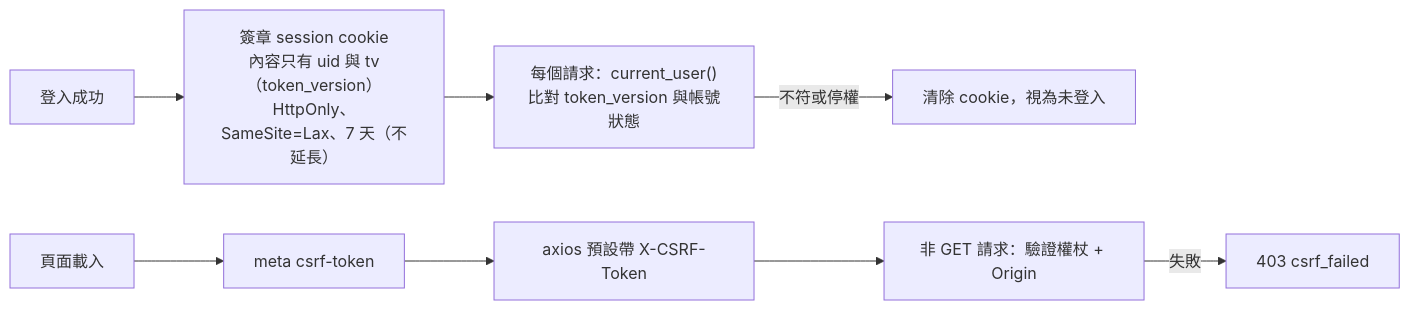
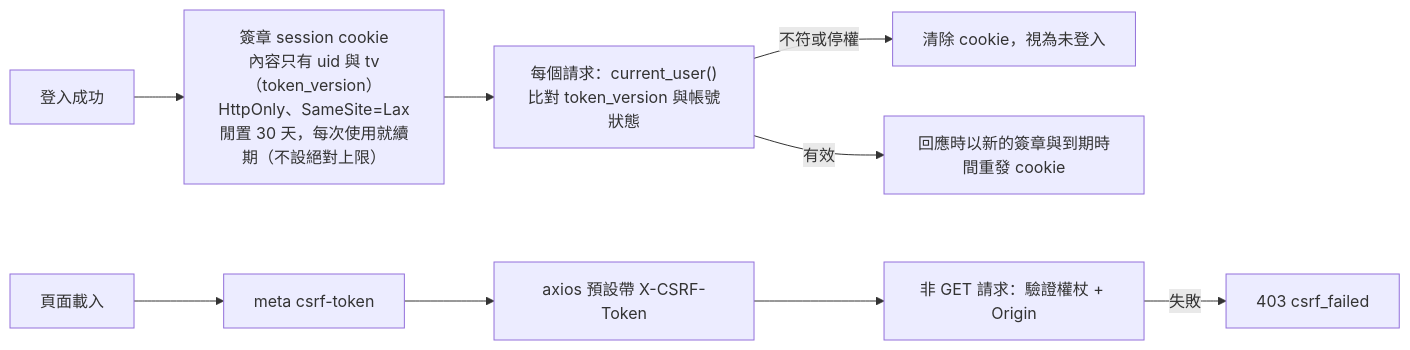
The third of 9 diagrams in docs/帳號與安全-auth-security.md (pp466pp466/R.A.C), drawn with Mermaid before and after one commit. The commit also changed other lines of this file and 170 other files, not shown here.

````diff
--- a/docs/帳號與安全-auth-security.md
+++ b/docs/帳號與安全-auth-security.md
@@ -71,10 +74,11 @@
 ```mermaid
 flowchart LR
-    Login["登入成功"] --> Cookie["簽章 session cookie<br/>內容只有 uid 與 tv（token_version）<br/>HttpOnly、SameSite=Lax、7 天（不延長）"]
+    Login["登入成功"] --> Cookie["簽章 session cookie<br/>內容只有 uid 與 tv（token_version）<br/>HttpOnly、SameSite=Lax<br/>閒置 30 天，每次使用就續期（不設絕對上限）"]
     Cookie --> Resolve["每個請求：current_user()<br/>比對 token_version 與帳號狀態"]
     Resolve -->|"不符或停權"| Clear["清除 cookie，視為未登入"]
+    Resolve -->|"有效"| Renew["回應時以新的簽章與到期時間重發 cookie"]
     Page["頁面載入"] --> Meta["meta csrf-token"]
     Meta --> Header["axios 預設帶 X-CSRF-Token"]
     Header --> Check["非 GET 請求：驗證權杖 + Origin"]
     Check -->|"失敗"| E403["403 csrf_failed"]
 ```
````
